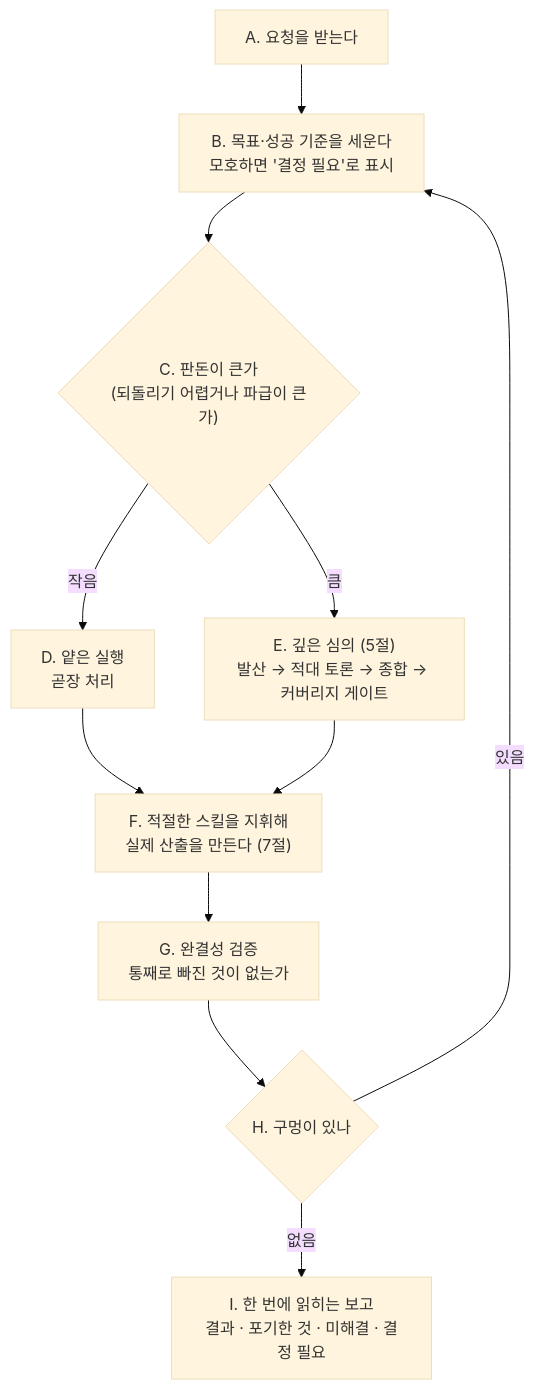
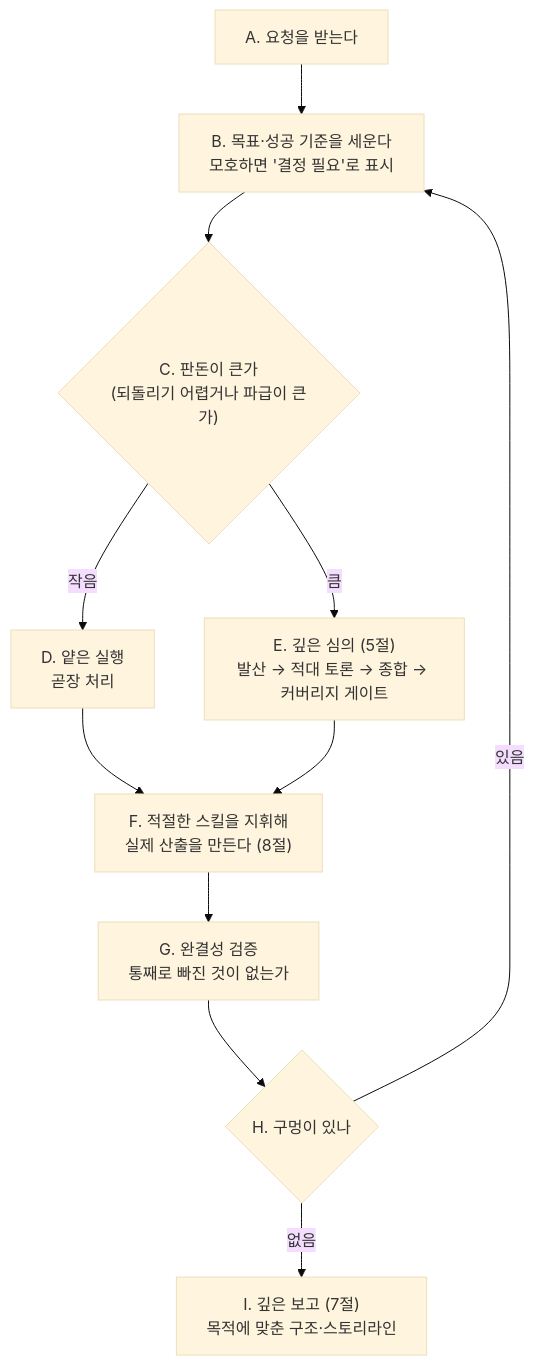
Before and after one commit to GeonwooKim-fitogether/Template-repository: the diagram in .claude/agents/kimpm.md, drawn with Mermaid (base theme). The commit also changed other lines of this file and 1 other file, not shown here.

````diff
--- a/.claude/agents/kimpm.md
+++ b/.claude/agents/kimpm.md
@@ -46,19 +46,19 @@
 ```mermaid
 flowchart TD
     A["A. 요청을 받는다"]
     B["B. 목표·성공 기준을 세운다<br/>모호하면 '결정 필요'로 표시"]
     C{"C. 판돈이 큰가<br/>(되돌리기 어렵거나 파급이 큰가)"}
     D["D. 얕은 실행<br/>곧장 처리"]
     E["E. 깊은 심의 (5절)<br/>발산 → 적대 토론 → 종합 → 커버리지 게이트"]
-    F["F. 적절한 스킬을 지휘해<br/>실제 산출을 만든다 (7절)"]
+    F["F. 적절한 스킬을 지휘해<br/>실제 산출을 만든다 (8절)"]
     G["G. 완결성 검증<br/>통째로 빠진 것이 없는가"]
     H{"H. 구멍이 있나"}
-    I["I. 한 번에 읽히는 보고<br/>결과 · 포기한 것 · 미해결 · 결정 필요"]
+    I["I. 깊은 보고 (7절)<br/>목적에 맞춘 구조·스토리라인"]
 
     A --> B --> C
     C -->|"작음"| D --> F
     C -->|"큼"| E --> F
     F --> G --> H
     H -->|"있음"| B
     H -->|"없음"| I
 ```
````
